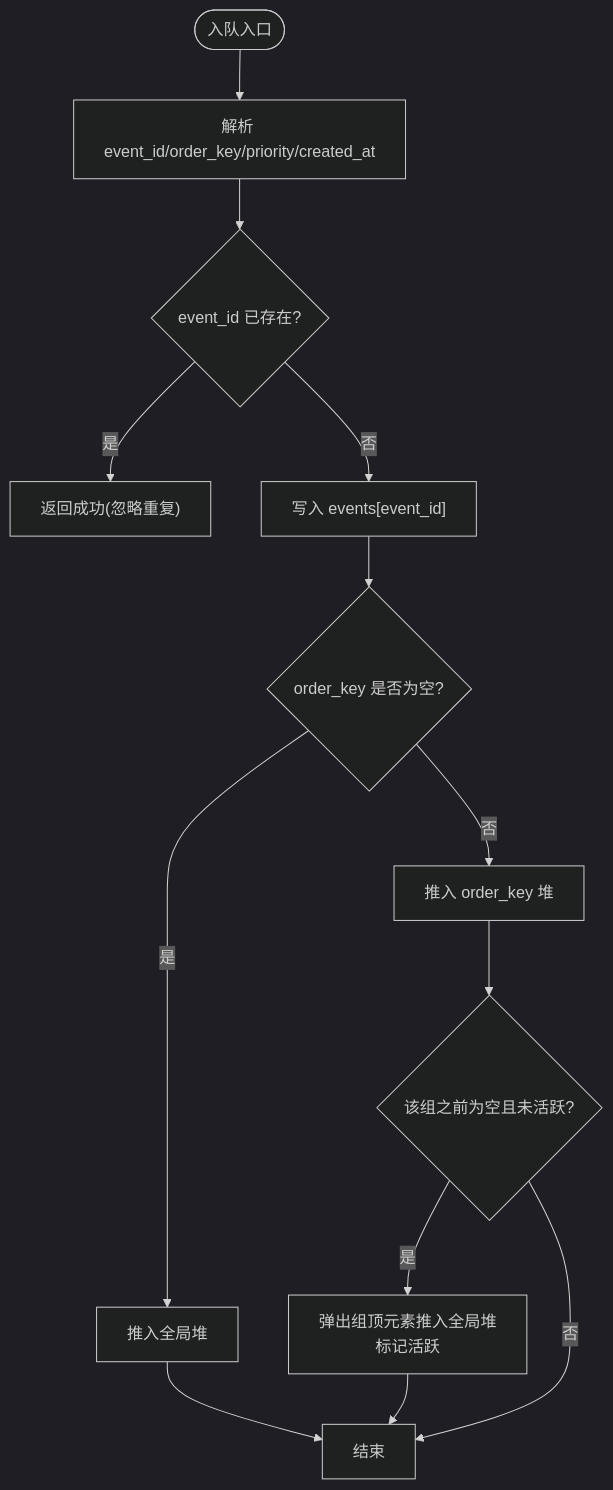
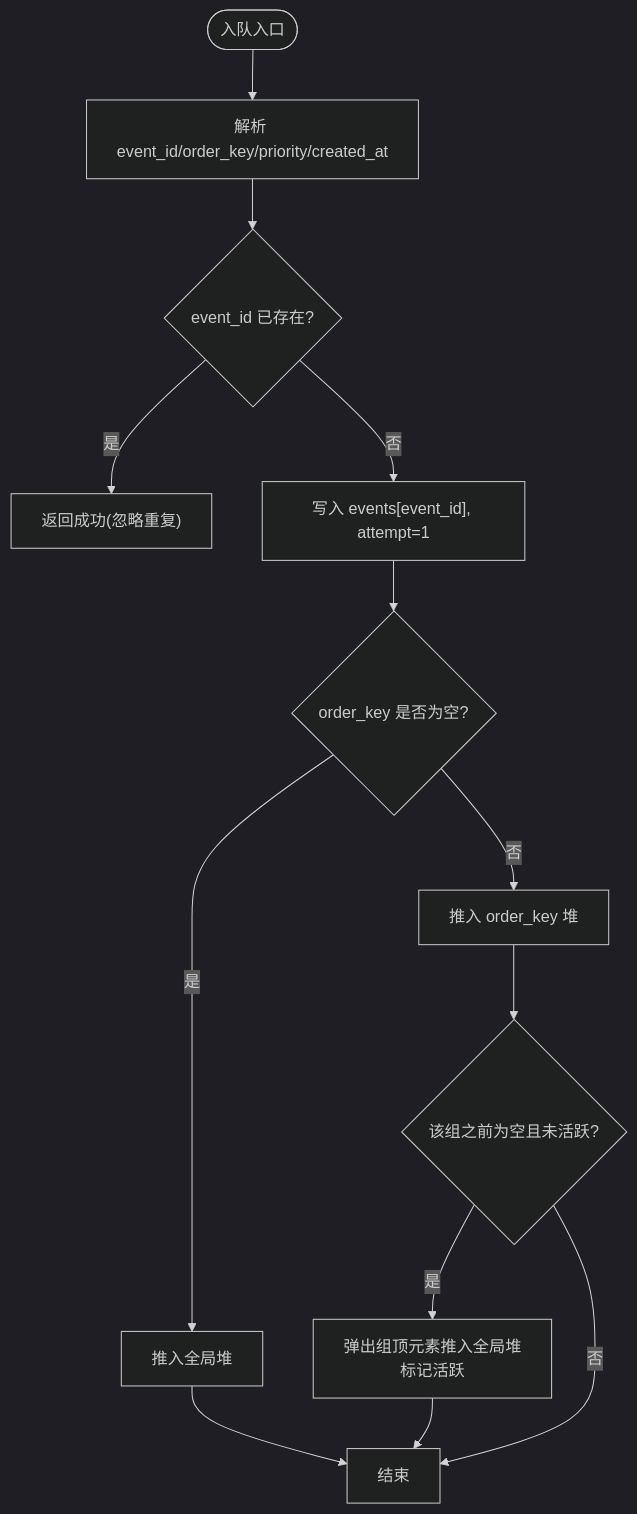
Before and after one commit to runningcoders/ai_orz: the third of 8 diagrams in docs/wiki/zh/content/核心模块/AOP 事件系统/事件队列系统/队列实现.md, drawn with Mermaid (dark theme). The commit also changed other lines of this file and 37 other files, not shown here.

````diff
--- a/docs/wiki/zh/content/核心模块/AOP 事件系统/事件队列系统/队列实现.md
+++ b/docs/wiki/zh/content/核心模块/AOP 事件系统/事件队列系统/队列实现.md
@@ -144,15 +152,15 @@
 ```mermaid
-flowchart TD
+graph TB
 Start(["入队入口"]) --> Parse["解析 event_id/order_key/priority/created_at"]
 Parse --> CheckDup{"event_id 已存在?"}
 CheckDup --> |是| ReturnOk["返回成功(忽略重复)"]
-CheckDup --> |否| Store["写入 events[event_id]"]
+CheckDup --> |否| Store["写入 events[event_id], attempt=1"]
 Store --> Branch{"order_key 是否为空?"}
 Branch --> |是| PushGlobal["推入全局堆"]
 Branch --> |否| GroupPush["推入 order_key 堆"]
 GroupPush --> WasEmpty{"该组之前为空且未活跃?"}
 WasEmpty --> |是| PromoteTop["弹出组顶元素推入全局堆<br/>标记活跃"]
 WasEmpty --> |否| End["结束"]
 PushGlobal --> End
 PromoteTop --> End
 ```
````
